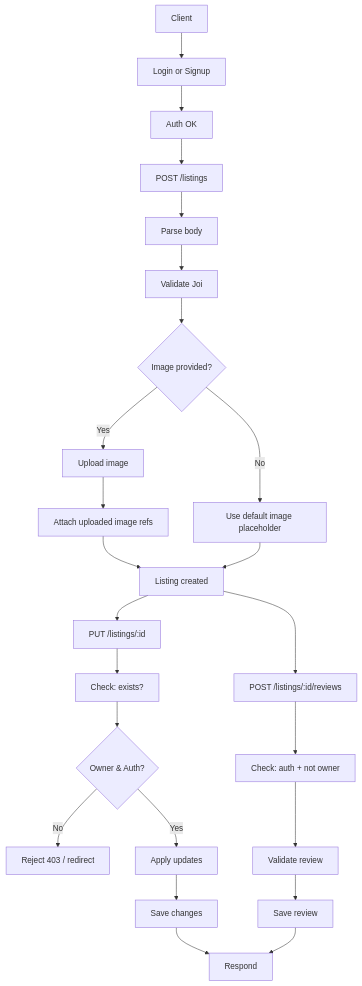
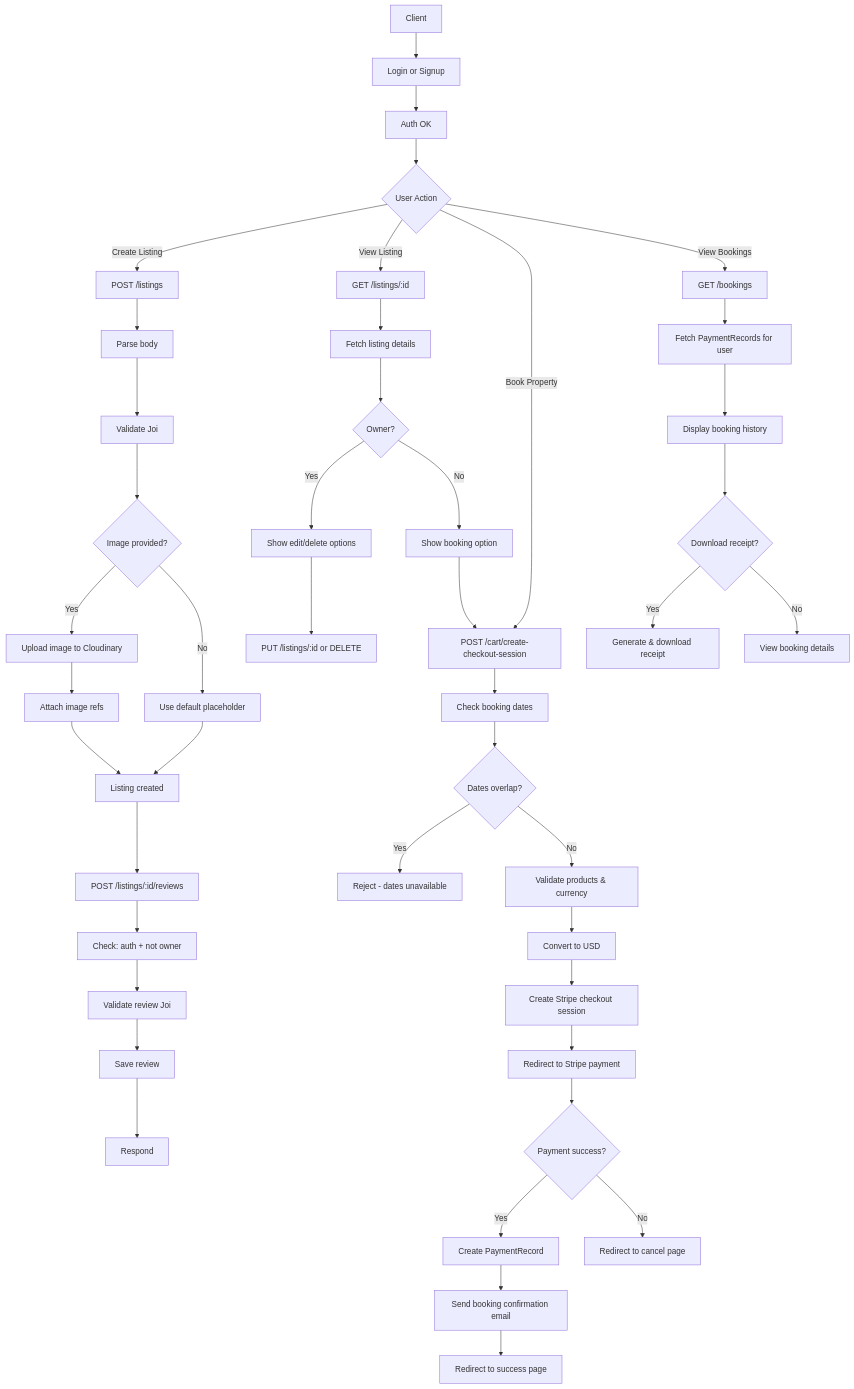
One commit to rootcode-creator/commercial-home-rent changed the diagram in README.md. Above: the diagram before and after it, drawn with Mermaid. The commit also changed other lines of this file, not shown here.

Commit message:
feat(docs): enhance README with repeat booking download feature and updated Mermaid flow

````diff
--- a/README.md
+++ b/README.md
@@ -231,26 +232,46 @@
 ```mermaid
 flowchart TD
     A[Client] --> B[Login or Signup]
     B --> C[Auth OK]
-    C --> D[POST /listings]
-    D --> E[Parse body]
-    E --> F[Validate Joi]
-    F --> I{Image provided?}
-    I -->|Yes| J[Upload image]
-    J --> K[Attach uploaded image refs]
-    I -->|No| L[Use default image placeholder]
-    K --> M[Listing created]
-    L --> M
-    M --> N[PUT /listings/:id]
-    N --> O[Check: exists?]
-    O --> P{Owner & Auth?}
-    P -->|No| Q[Reject 403 / redirect]
-    P -->|Yes| R[Apply updates]
-    R --> S[Save changes]
-    M --> T[POST /listings/:id/reviews]
-    T --> U[Check: auth + not owner]
-    U --> V[Validate review]
-    V --> W[Save review]
-    W --> X[Respond]
-    S --> X[Respond]
+    C --> D{User Action}
+    D -->|Create Listing| E[POST /listings]
+    D -->|View Listing| F[GET /listings/:id]
+    D -->|Book Property| G[POST /cart/create-checkout-session]
+    D -->|View Bookings| H[GET /bookings]
+    E --> E1[Parse body]
+    E1 --> E2[Validate Joi]
+    E2 --> E3{Image provided?}
+    E3 -->|Yes| E4[Upload image to Cloudinary]
+    E4 --> E5[Attach image refs]
+    E3 -->|No| E6[Use default placeholder]
+    E5 --> E7[Listing created]
+    E6 --> E7
+    F --> F1[Fetch listing details]
+    F1 --> F2{Owner?}
+    F2 -->|Yes| F3[Show edit/delete options]
+    F2 -->|No| F4[Show booking option]
+    F3 --> F5[PUT /listings/:id or DELETE]
+    F4 --> G
+    G --> G1[Check booking dates]
+    G1 --> G2{Dates overlap?}
+    G2 -->|Yes| G3[Reject - dates unavailable]
+    G2 -->|No| G4[Validate products & currency]
+    G4 --> G5[Convert to USD]
+    G5 --> G6[Create Stripe checkout session]
+    G6 --> G7[Redirect to Stripe payment]
+    G7 --> G8{Payment success?}
+    G8 -->|Yes| G9[Create PaymentRecord]
+    G9 --> G10[Send booking confirmation email]
+    G10 --> G11[Redirect to success page]
+    G8 -->|No| G12[Redirect to cancel page]
+    H --> H1[Fetch PaymentRecords for user]
+    H1 --> H2[Display booking history]
+    H2 --> H3{Download receipt?}
+    H3 -->|Yes| H4[Generate & download receipt]
+    H3 -->|No| H5[View booking details]
+    E7 --> I[POST /listings/:id/reviews]
+    I --> I1[Check: auth + not owner]
+    I1 --> I2[Validate review Joi]
+    I2 --> I3[Save review]
+    I3 --> I4[Respond]
 ```
````
